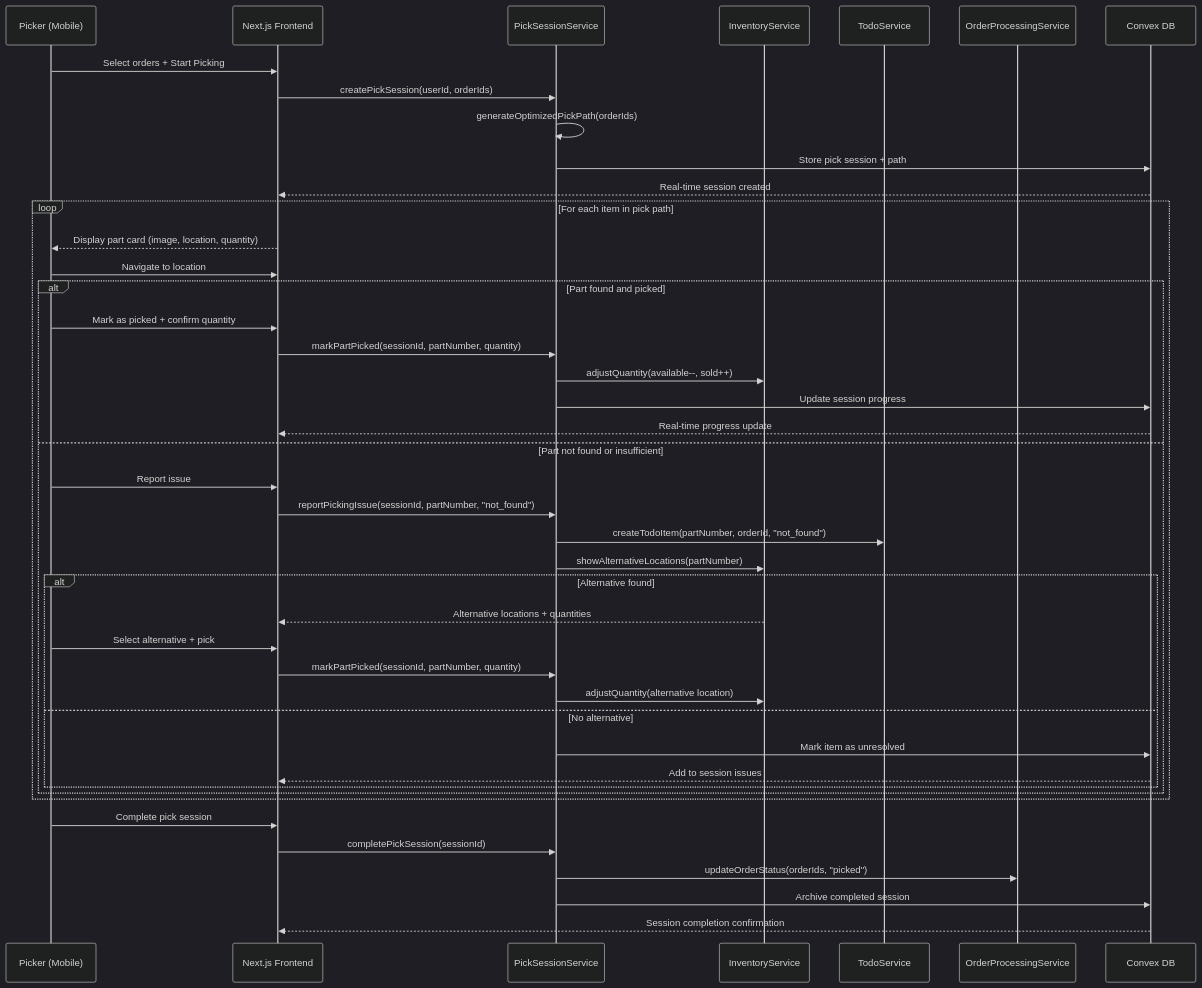
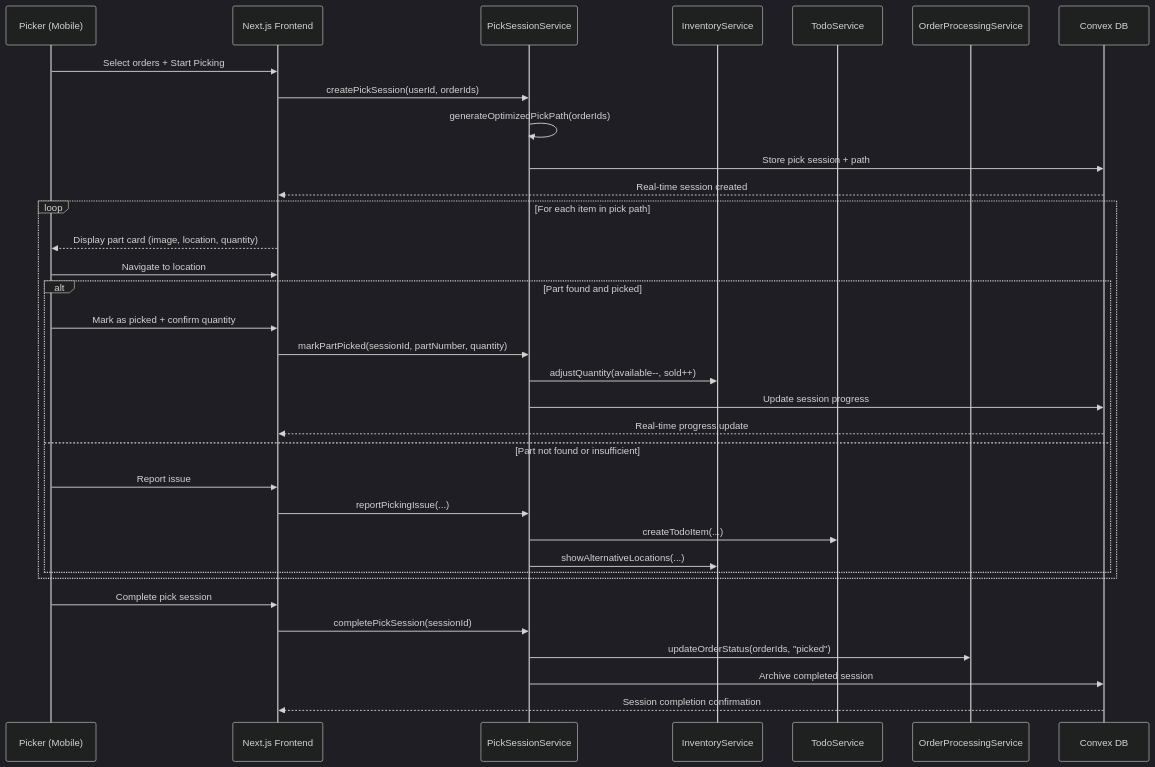
Before and after one commit to 1benisin/brickops: the third of 3 diagrams in docs/architecture/core-workflows.md, drawn with Mermaid (dark theme). The commit also changed other lines of this file and 50 other files, not shown here.

````diff
--- a/docs/architecture/core-workflows.md
+++ b/docs/architecture/core-workflows.md
@@ -97,53 +85,39 @@
 ```mermaid
 sequenceDiagram
     participant User as Picker (Mobile)
     participant UI as Next.js Frontend
     participant Pick as PickSessionService
     participant Inventory as InventoryService
     participant Todo as TodoService
     participant Order as OrderProcessingService
     participant DB as Convex DB
 
-    %% Session Initiation
     User->>UI: Select orders + Start Picking
     UI->>Pick: createPickSession(userId, orderIds)
     Pick->>Pick: generateOptimizedPickPath(orderIds)
     Pick->>DB: Store pick session + path
     DB-->>UI: Real-time session created
 
-    %% Picking Loop
     loop For each item in pick path
         UI-->>User: Display part card (image, location, quantity)
         User->>UI: Navigate to location
-
         alt Part found and picked
             User->>UI: Mark as picked + confirm quantity
             UI->>Pick: markPartPicked(sessionId, partNumber, quantity)
             Pick->>Inventory: adjustQuantity(available--, sold++)
             Pick->>DB: Update session progress
             DB-->>UI: Real-time progress update
         else Part not found or insufficient
             User->>UI: Report issue
-            UI->>Pick: reportPickingIssue(sessionId, partNumber, "not_found")
-            Pick->>Todo: createTodoItem(partNumber, orderId, "not_found")
-            Pick->>Inventory: showAlternativeLocations(partNumber)
-
-            alt Alternative found
-                Inventory-->>UI: Alternative locations + quantities
-                User->>UI: Select alternative + pick
-                UI->>Pick: markPartPicked(sessionId, partNumber, quantity)
-                Pick->>Inventory: adjustQuantity(alternative location)
-            else No alternative
-                Pick->>DB: Mark item as unresolved
-                DB-->>UI: Add to session issues
-            end
+            UI->>Pick: reportPickingIssue(...)
+            Pick->>Todo: createTodoItem(...)
+            Pick->>Inventory: showAlternativeLocations(...)
         end
     end
 
-    %% Session Completion
     User->>UI: Complete pick session
     UI->>Pick: completePickSession(sessionId)
     Pick->>Order: updateOrderStatus(orderIds, "picked")
     Pick->>DB: Archive completed session
     DB-->>UI: Session completion confirmation
 ```
````
